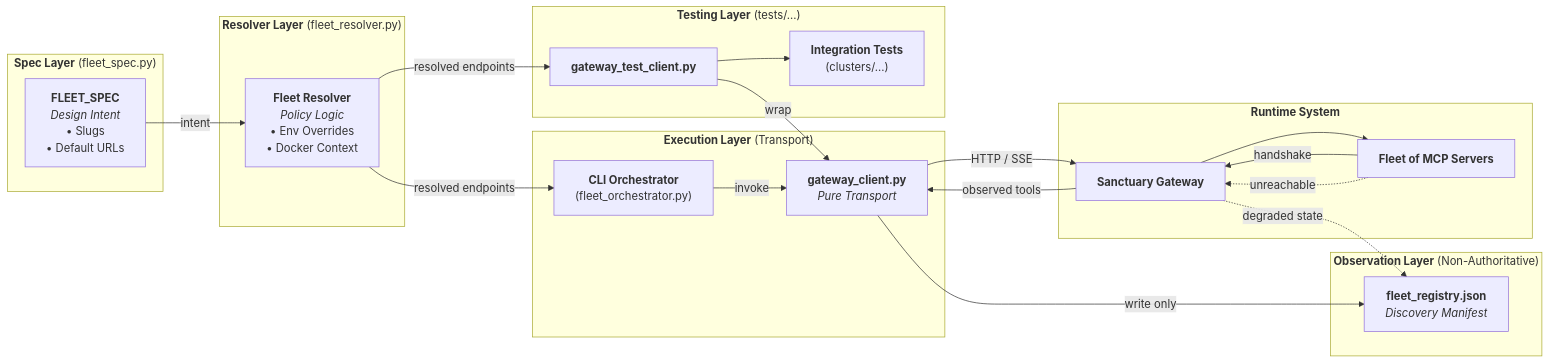
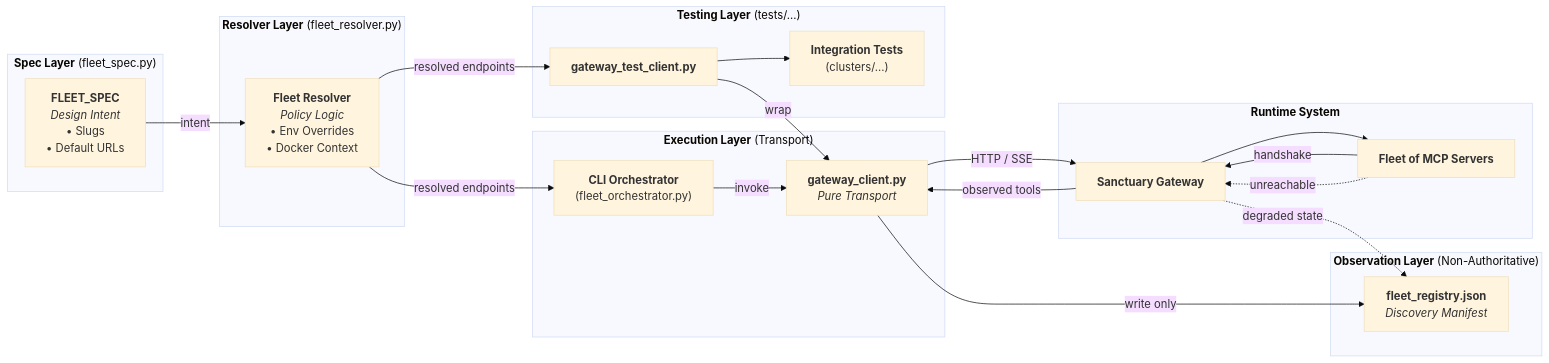
One commit to richfrem/Project_Sanctuary changed the second of 4 diagrams in docs/mcp_servers/gateway/architecture/ARCHITECTURE.md. Above: the diagram before and after it, drawn with Mermaid. The commit also changed other lines of this file and 51 other files, not shown here.

````diff
--- a/docs/mcp_servers/gateway/architecture/ARCHITECTURE.md
+++ b/docs/mcp_servers/gateway/architecture/ARCHITECTURE.md
@@ -67,55 +67,45 @@
 ```mermaid
+---
+config:
+  theme: base
+  layout: dagre
+---
 flowchart LR
-    %% ===== INTENT LAYER =====
     subgraph INTENT["<b>Spec Layer</b> (fleet_spec.py)"]
         FLEET_SPEC["<b>FLEET_SPEC</b><br><i>Design Intent</i><br>• Slugs<br>• Default URLs"]
     end
-
-    %% ===== POLICY LAYER =====
     subgraph POLICY["<b>Resolver Layer</b> (fleet_resolver.py)"]
         RESOLVER["<b>Fleet Resolver</b><br><i>Policy Logic</i><br>• Env Overrides<br>• Docker Context"]
     end
-
-    %% ===== EXECUTION LAYER =====
     subgraph EXECUTION["<b>Execution Layer</b> (Transport)"]
         CLI["<b>CLI Orchestrator</b><br>(fleet_orchestrator.py)"]
         GATEWAY_CLIENT["<b>gateway_client.py</b><br><i>Pure Transport</i>"]
     end
-
-    %% ===== TESTING LAYER =====
     subgraph TESTING["<b>Testing Layer</b> (tests/...)"]
         TEST_CLIENT["<b>gateway_test_client.py</b>"]
         INTEG_TESTS["<b>Integration Tests</b><br>(clusters/...)"]
     end
-
-    %% ===== RUNTIME =====
     subgraph RUNTIME["<b>Runtime System</b>"]
         GATEWAY["<b>Sanctuary Gateway</b>"]
         MCP["<b>Fleet of MCP Servers</b>"]
     end
-
-    %% ===== OBSERVATION =====
     subgraph OBSERVATION["<b>Observation Layer</b> (Non-Authoritative)"]
         REGISTRY_JSON["<b>fleet_registry.json</b><br><i>Discovery Manifest</i>"]
     end
-
-    %% ===== FLOW =====
     FLEET_SPEC -->|intent| RESOLVER
     RESOLVER -->|resolved endpoints| CLI
     RESOLVER -->|resolved endpoints| TEST_CLIENT
     
     CLI -->|invoke| GATEWAY_CLIENT
     TEST_CLIENT -->|wrap| GATEWAY_CLIENT
     TEST_CLIENT --> INTEG_TESTS
     
     GATEWAY_CLIENT -->|HTTP / SSE| GATEWAY
     GATEWAY --> MCP
 
     MCP -->|handshake| GATEWAY
     GATEWAY -->|observed tools| GATEWAY_CLIENT
     GATEWAY_CLIENT -->|write only| REGISTRY_JSON
-
-    %% ===== FAILURE PATH =====
     MCP -. unreachable .-> GATEWAY
     GATEWAY -. degraded state .-> REGISTRY_JSON
 ```
````
